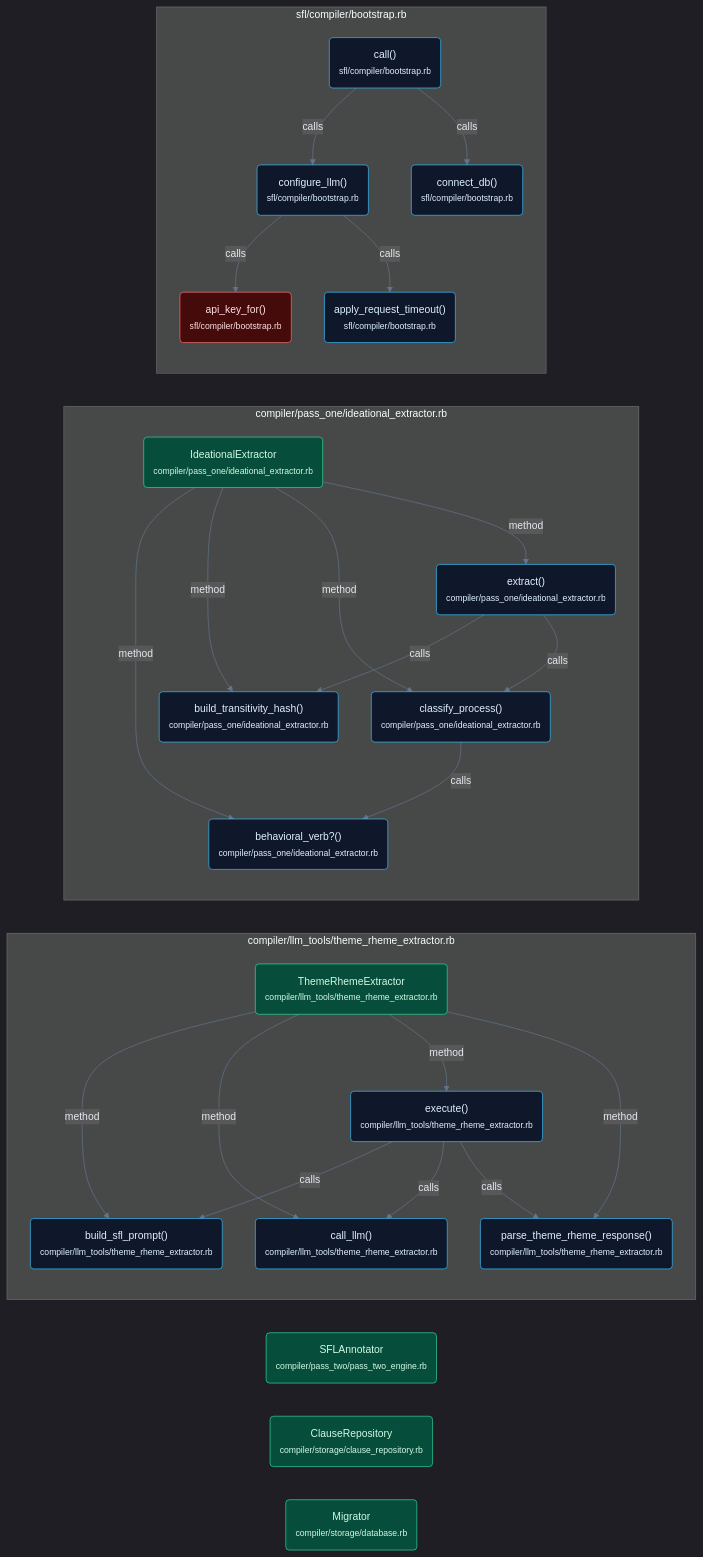
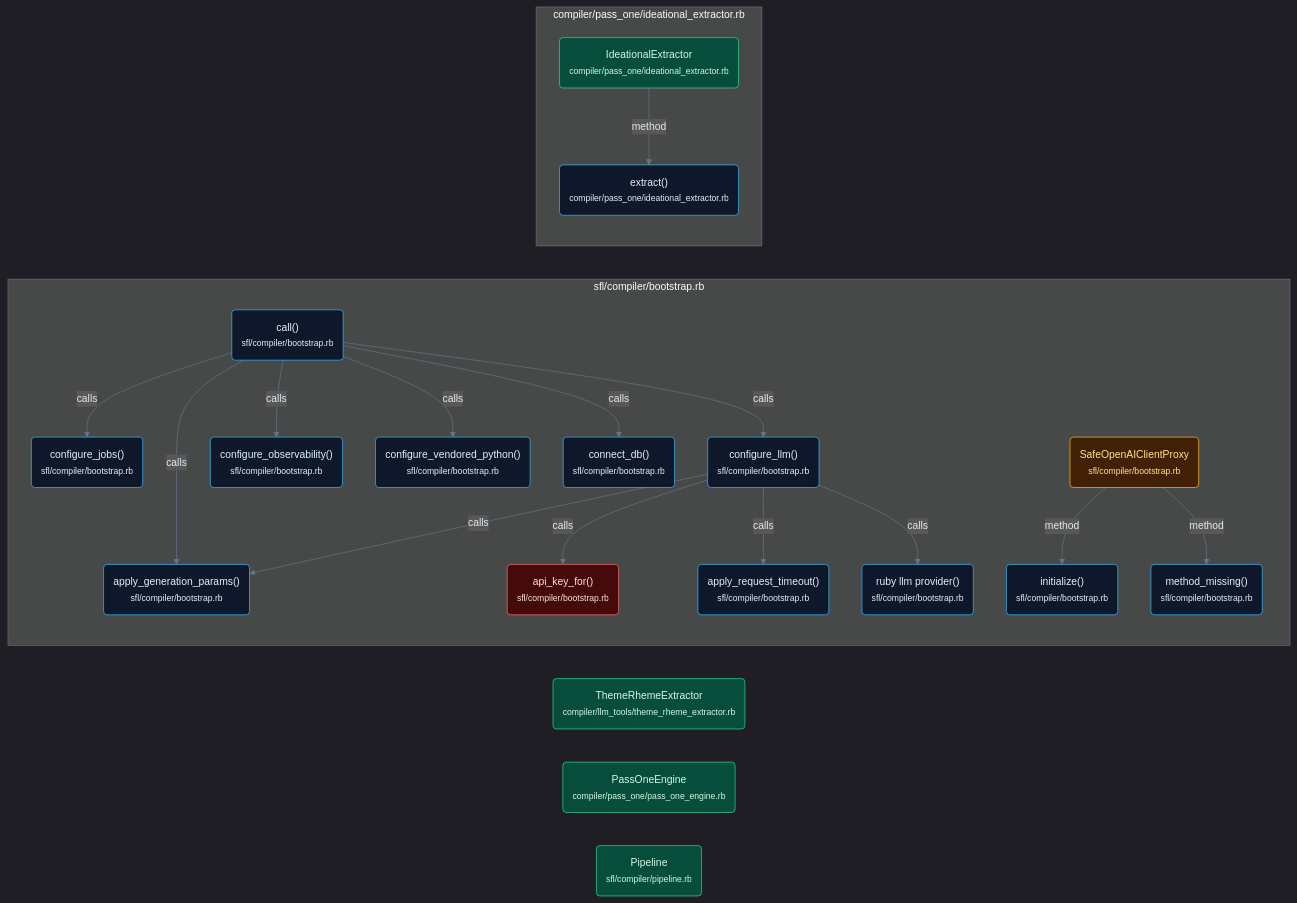
The diagram in docs/diagrams/callflow_1.mmd (b08x/ruby-sfl-compiler), drawn with Mermaid before and after one commit. The commit also changed 26 other files, not shown here.

First line of the commit message:
📝 docs: document modules, update architecture and roadmap

```diff
--- a/docs/diagrams/callflow_1.mmd
+++ b/docs/diagrams/callflow_1.mmd
@@ -1,73 +1,66 @@
 %%{init: {"theme": "dark", "themeVariables": {"fontSize": "15.0px", "fontFamily": "Segoe UI, system-ui, sans-serif", "primaryColor": "#1e293b", "primaryTextColor": "#e2e8f0", "primaryBorderColor": "#38bdf8", "secondaryColor": "#0f172a", "tertiaryColor": "#334155", "lineColor": "#64748b", "textColor": "#e2e8f0"}, "flowchart": {"htmlLabels": true, "curve": "basis", "nodeSpacing": 48, "rankSpacing": 64, "padding": 14, "diagramPadding": 10, "useMaxWidth": true}}}%%
 flowchart LR
-    %% Section: Extraction Pipeline (79 nodes, 104 edges)
-    subgraph extract_pipeline_compiler_llm_tools_theme_rheme_6a5fca88["compiler/llm_tools/theme_rheme_extractor.rb"]
-        llm_tools_theme_rheme_extractor_themerhemeextrac_e030c4d3("ThemeRhemeExtractor<br/><small>compiler/llm_tools/theme_rheme_extractor.rb</small>")
-        llm_tools_theme_rheme_extractor_themerhemeextrac_f230448e("build_sfl_prompt()<br/><small>compiler/llm_tools/theme_rheme_extractor.rb</small>")
-        llm_tools_theme_rheme_extractor_themerhemeextrac_94e13851("call_llm()<br/><small>compiler/llm_tools/theme_rheme_extractor.rb</small>")
-        llm_tools_theme_rheme_extractor_themerhemeextrac_6c9be6f8("execute()<br/><small>compiler/llm_tools/theme_rheme_extractor.rb</small>")
-        llm_tools_theme_rheme_extractor_themerhemeextrac_6ffa85dc("parse_theme_rheme_response()<br/><small>compiler/llm_tools/theme_rheme_extractor.rb</small>")
+    %% Section: Extraction Pipeline (92 nodes, 115 edges)
+    subgraph extract_pipeline_sfl_compiler_bootstrap_rb_e74b4ee5["sfl/compiler/bootstrap.rb"]
+        compiler_bootstrap_call_137fcbed("call()<br/><small>sfl/compiler/bootstrap.rb</small>")
+        compiler_bootstrap_apply_generation_params_ef5902d0("apply_generation_params()<br/><small>sfl/compiler/bootstrap.rb</small>")
+        compiler_bootstrap_configure_jobs_e5647414("configure_jobs()<br/><small>sfl/compiler/bootstrap.rb</small>")
+        compiler_bootstrap_configure_llm_d28028e1("configure_llm()<br/><small>sfl/compiler/bootstrap.rb</small>")
+        compiler_bootstrap_configure_observability_32ed6f32("configure_observability()<br/><small>sfl/compiler/bootstrap.rb</small>")
+        compiler_bootstrap_configure_vendored_python_c6f6b877("configure_vendored_python()<br/><small>sfl/compiler/bootstrap.rb</small>")
+        compiler_bootstrap_connect_db_01db0cda("connect_db()<br/><small>sfl/compiler/bootstrap.rb</small>")
+        compiler_bootstrap_api_key_for_9cf7eece("api_key_for()<br/><small>sfl/compiler/bootstrap.rb</small>")
+        compiler_bootstrap_apply_request_timeout_6cee0ce4("apply_request_timeout()<br/><small>sfl/compiler/bootstrap.rb</small>")
+        compiler_bootstrap_configure_ruby_llm_provider_9988fdbc("ruby llm provider()<br/><small>sfl/compiler/bootstrap.rb</small>")
+        compiler_bootstrap_safeopenaiclientproxy_7f3bdd0d("SafeOpenAIClientProxy<br/><small>sfl/compiler/bootstrap.rb</small>")
+        compiler_bootstrap_safeopenaiclientproxy_initial_1a035dbb("initialize()<br/><small>sfl/compiler/bootstrap.rb</small>")
+        compiler_bootstrap_safeopenaiclientproxy_method_6d3341c2("method_missing()<br/><small>sfl/compiler/bootstrap.rb</small>")
     end
     subgraph extract_pipeline_compiler_pass_one_ideational_ex_2ca7f799["compiler/pass_one/ideational_extractor.rb"]
         pass_one_ideational_extractor_ideationalextracto_41fbfcca("IdeationalExtractor<br/><small>compiler/pass_one/ideational_extractor.rb</small>")
         pass_one_ideational_extractor_ideationalextracto_c9d244ba("extract()<br/><small>compiler/pass_one/ideational_extractor.rb</small>")
-        pass_one_ideational_extractor_ideationalextracto_fba12c3a("behavioral_verb?()<br/><small>compiler/pass_one/ideational_extractor.rb</small>")
-        pass_one_ideational_extractor_ideationalextracto_55363a1f("build_transitivity_hash()<br/><small>compiler/pass_one/ideational_extractor.rb</small>")
-        pass_one_ideational_extractor_ideationalextracto_601cafa7("classify_process()<br/><small>compiler/pass_one/ideational_extractor.rb</small>")
     end
-    subgraph extract_pipeline_sfl_compiler_bootstrap_rb_e74b4ee5["sfl/compiler/bootstrap.rb"]
-        compiler_bootstrap_call_137fcbed("call()<br/><small>sfl/compiler/bootstrap.rb</small>")
-        compiler_bootstrap_configure_llm_d28028e1("configure_llm()<br/><small>sfl/compiler/bootstrap.rb</small>")
-        compiler_bootstrap_connect_db_01db0cda("connect_db()<br/><small>sfl/compiler/bootstrap.rb</small>")
-        compiler_bootstrap_api_key_for_9cf7eece("api_key_for()<br/><small>sfl/compiler/bootstrap.rb</small>")
-        compiler_bootstrap_apply_request_timeout_6cee0ce4("apply_request_timeout()<br/><small>sfl/compiler/bootstrap.rb</small>")
-    end
-    pass_two_pass_two_engine_sflannotator_728897c4("SFLAnnotator<br/><small>compiler/pass_two/pass_two_engine.rb</small>")
-    storage_clause_repository_clauserepository_362861bc("ClauseRepository<br/><small>compiler/storage/clause_repository.rb</small>")
-    storage_database_migrator_ab243aa2("Migrator<br/><small>compiler/storage/database.rb</small>")
+    llm_tools_theme_rheme_extractor_themerhemeextrac_e030c4d3("ThemeRhemeExtractor<br/><small>compiler/llm_tools/theme_rheme_extractor.rb</small>")
+    pass_one_pass_one_engine_passoneengine_1967dc5f("PassOneEngine<br/><small>compiler/pass_one/pass_one_engine.rb</small>")
+    compiler_pipeline_pipeline_554e7cf0("Pipeline<br/><small>sfl/compiler/pipeline.rb</small>")
+    compiler_bootstrap_call_137fcbed -->|calls| compiler_bootstrap_apply_generation_params_ef5902d0
+    compiler_bootstrap_call_137fcbed -->|calls| compiler_bootstrap_configure_jobs_e5647414
     compiler_bootstrap_call_137fcbed -->|calls| compiler_bootstrap_configure_llm_d28028e1
+    compiler_bootstrap_call_137fcbed -->|calls| compiler_bootstrap_configure_observability_32ed6f32
+    compiler_bootstrap_call_137fcbed -->|calls| compiler_bootstrap_configure_vendored_python_c6f6b877
     compiler_bootstrap_call_137fcbed -->|calls| compiler_bootstrap_connect_db_01db0cda
     compiler_bootstrap_configure_llm_d28028e1 -->|calls| compiler_bootstrap_api_key_for_9cf7eece
+    compiler_bootstrap_configure_llm_d28028e1 -->|calls| compiler_bootstrap_apply_generation_params_ef5902d0
     compiler_bootstrap_configure_llm_d28028e1 -->|calls| compiler_bootstrap_apply_request_timeout_6cee0ce4
-    llm_tools_theme_rheme_extractor_themerhemeextrac_e030c4d3 -->|method| llm_tools_theme_rheme_extractor_themerhemeextrac_f230448e
-    llm_tools_theme_rheme_extractor_themerhemeextrac_e030c4d3 -->|method| llm_tools_theme_rheme_extractor_themerhemeextrac_94e13851
-    llm_tools_theme_rheme_extractor_themerhemeextrac_e030c4d3 -->|method| llm_tools_theme_rheme_extractor_themerhemeextrac_6c9be6f8
-    llm_tools_theme_rheme_extractor_themerhemeextrac_e030c4d3 -->|method| llm_tools_theme_rheme_extractor_themerhemeextrac_6ffa85dc
-    llm_tools_theme_rheme_extractor_themerhemeextrac_6c9be6f8 -->|calls| llm_tools_theme_rheme_extractor_themerhemeextrac_f230448e
-    llm_tools_theme_rheme_extractor_themerhemeextrac_6c9be6f8 -->|calls| llm_tools_theme_rheme_extractor_themerhemeextrac_94e13851
-    llm_tools_theme_rheme_extractor_themerhemeextrac_6c9be6f8 -->|calls| llm_tools_theme_rheme_extractor_themerhemeextrac_6ffa85dc
-    pass_one_ideational_extractor_ideationalextracto_41fbfcca -->|method| pass_one_ideational_extractor_ideationalextracto_fba12c3a
-    pass_one_ideational_extractor_ideationalextracto_41fbfcca -->|method| pass_one_ideational_extractor_ideationalextracto_55363a1f
-    pass_one_ideational_extractor_ideationalextracto_41fbfcca -->|method| pass_one_ideational_extractor_ideationalextracto_601cafa7
+    compiler_bootstrap_configure_llm_d28028e1 -->|calls| compiler_bootstrap_configure_ruby_llm_provider_9988fdbc
+    compiler_bootstrap_safeopenaiclientproxy_7f3bdd0d -->|method| compiler_bootstrap_safeopenaiclientproxy_initial_1a035dbb
+    compiler_bootstrap_safeopenaiclientproxy_7f3bdd0d -->|method| compiler_bootstrap_safeopenaiclientproxy_method_6d3341c2
     pass_one_ideational_extractor_ideationalextracto_41fbfcca -->|method| pass_one_ideational_extractor_ideationalextracto_c9d244ba
-    pass_one_ideational_extractor_ideationalextracto_c9d244ba -->|calls| pass_one_ideational_extractor_ideationalextracto_55363a1f
-    pass_one_ideational_extractor_ideationalextracto_c9d244ba -->|calls| pass_one_ideational_extractor_ideationalextracto_601cafa7
-    pass_one_ideational_extractor_ideationalextracto_601cafa7 -->|calls| pass_one_ideational_extractor_ideationalextracto_fba12c3a
-    %% Omitted for readability: 61 nodes, 0 edges
-    class llm_tools_theme_rheme_extractor_themerhemeextrac_e030c4d3 klass;
-    class llm_tools_theme_rheme_extractor_themerhemeextrac_f230448e function;
-    class llm_tools_theme_rheme_extractor_themerhemeextrac_94e13851 function;
-    class llm_tools_theme_rheme_extractor_themerhemeextrac_6c9be6f8 function;
-    class llm_tools_theme_rheme_extractor_themerhemeextrac_6ffa85dc function;
-    class pass_one_ideational_extractor_ideationalextracto_41fbfcca klass;
-    class pass_one_ideational_extractor_ideationalextracto_c9d244ba function;
-    class pass_one_ideational_extractor_ideationalextracto_fba12c3a function;
-    class pass_one_ideational_extractor_ideationalextracto_55363a1f function;
-    class pass_one_ideational_extractor_ideationalextracto_601cafa7 function;
+    %% Omitted for readability: 74 nodes, 0 edges
     class compiler_bootstrap_call_137fcbed function;
+    class compiler_bootstrap_apply_generation_params_ef5902d0 function;
+    class compiler_bootstrap_configure_jobs_e5647414 function;
     class compiler_bootstrap_configure_llm_d28028e1 function;
+    class compiler_bootstrap_configure_observability_32ed6f32 function;
+    class compiler_bootstrap_configure_vendored_python_c6f6b877 function;
     class compiler_bootstrap_connect_db_01db0cda function;
     class compiler_bootstrap_api_key_for_9cf7eece api;
     class compiler_bootstrap_apply_request_timeout_6cee0ce4 function;
-    class pass_two_pass_two_engine_sflannotator_728897c4 klass;
-    class storage_clause_repository_clauserepository_362861bc klass;
-    class storage_database_migrator_ab243aa2 klass;
+    class compiler_bootstrap_configure_ruby_llm_provider_9988fdbc function;
+    class compiler_bootstrap_safeopenaiclientproxy_7f3bdd0d entry;
+    class compiler_bootstrap_safeopenaiclientproxy_initial_1a035dbb function;
+    class compiler_bootstrap_safeopenaiclientproxy_method_6d3341c2 function;
+    class pass_one_ideational_extractor_ideationalextracto_41fbfcca klass;
+    class pass_one_ideational_extractor_ideationalextracto_c9d244ba function;
+    class llm_tools_theme_rheme_extractor_themerhemeextrac_e030c4d3 klass;
+    class pass_one_pass_one_engine_passoneengine_1967dc5f klass;
+    class compiler_pipeline_pipeline_554e7cf0 klass;
     classDef entry fill:#422006,stroke:#fbbf24,color:#fde68a,stroke-width:1px;
     classDef api fill:#450a0a,stroke:#f87171,color:#fee2e2,stroke-width:1px;
     classDef async fill:#2e1065,stroke:#a78bfa,color:#ede9fe,stroke-width:1px;
     classDef klass fill:#064e3b,stroke:#34d399,color:#d1fae5,stroke-width:1px;
     classDef ui fill:#831843,stroke:#f472b6,color:#fce7f3,stroke-width:1px;
     classDef module fill:#172554,stroke:#60a5fa,color:#dbeafe,stroke-width:1px;
     classDef test fill:#3f3f46,stroke:#a1a1aa,color:#f4f4f5,stroke-width:1px;
     classDef concept fill:#292524,stroke:#a8a29e,color:#fafaf9,stroke-dasharray:4 3;
     classDef function fill:#0f172a,stroke:#38bdf8,color:#e0f2fe,stroke-width:1px;
```
